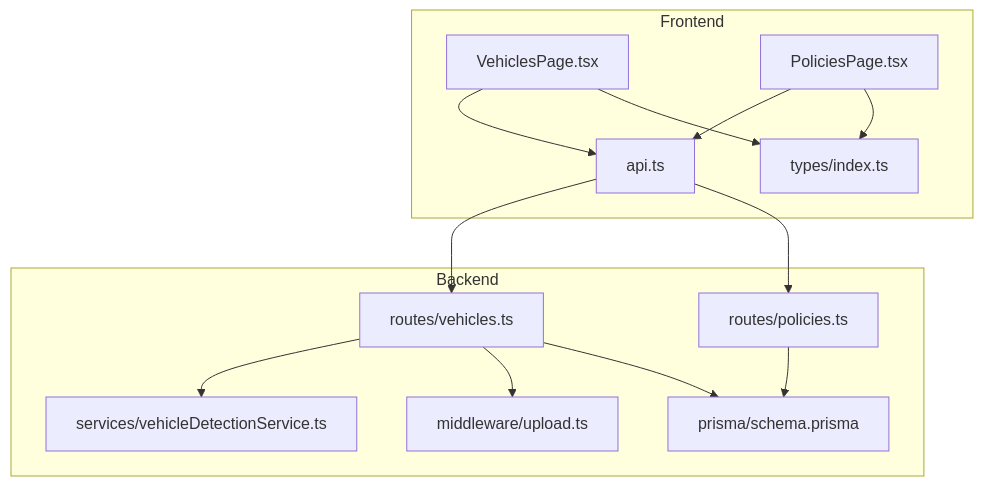
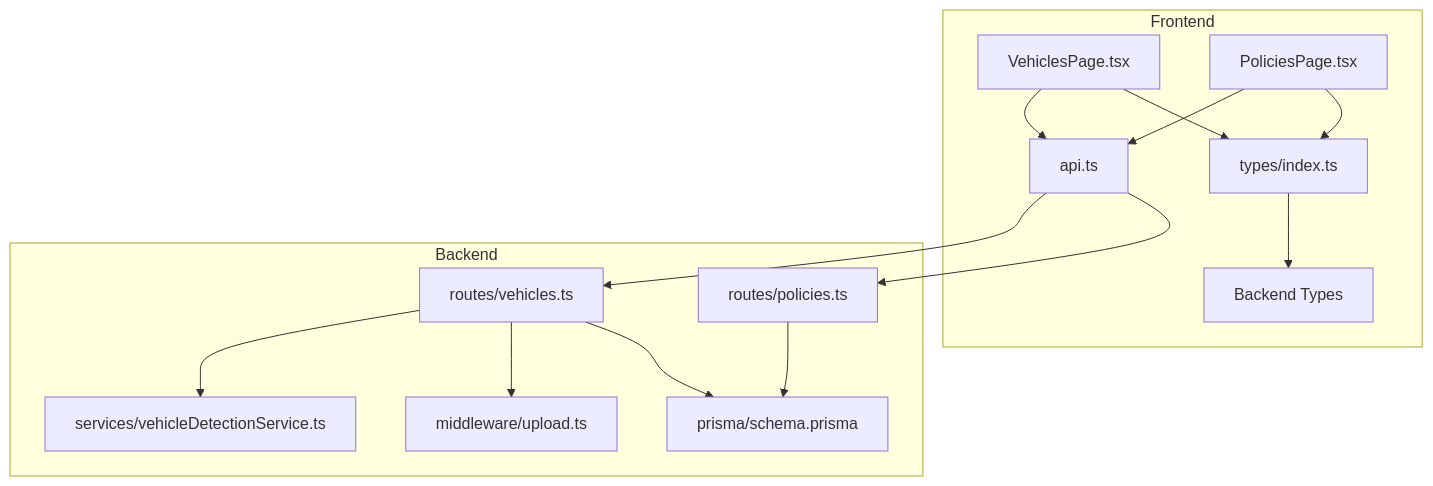
One commit to NaveenHiranya/Smart-Vehicle-Insurance-Claim-System changed the first of 6 diagrams in .qoder/repowiki/en/content/Frontend Documentation/Pages and Views/User Pages/Vehicle Management Page.md. Above: the diagram before and after it, drawn with Mermaid. The commit also changed other lines of this file and 17 other files, not shown here.

````diff
--- a/.qoder/repowiki/en/content/Frontend Documentation/Pages and Views/User Pages/Vehicle Management Page.md
+++ b/.qoder/repowiki/en/content/Frontend Documentation/Pages and Views/User Pages/Vehicle Management Page.md
@@ -54,26 +58,28 @@
 ```mermaid
 graph TB
 subgraph "Frontend"
 VP["VehiclesPage.tsx"]
 PP["PoliciesPage.tsx"]
 API["api.ts"]
 Types["types/index.ts"]
+BT["Backend Types"]
 end
 subgraph "Backend"
 VR["routes/vehicles.ts"]
 PR["routes/policies.ts"]
 VDS["services/vehicleDetectionService.ts"]
 UPL["middleware/upload.ts"]
 PRISMA["prisma/schema.prisma"]
 end
 VP --> API
 PP --> API
 API --> VR
 API --> PR
 VR --> VDS
 VR --> UPL
 PR --> PRISMA
 VR --> PRISMA
 VP --> Types
 PP --> Types
+Types --> BT
 ```
````
